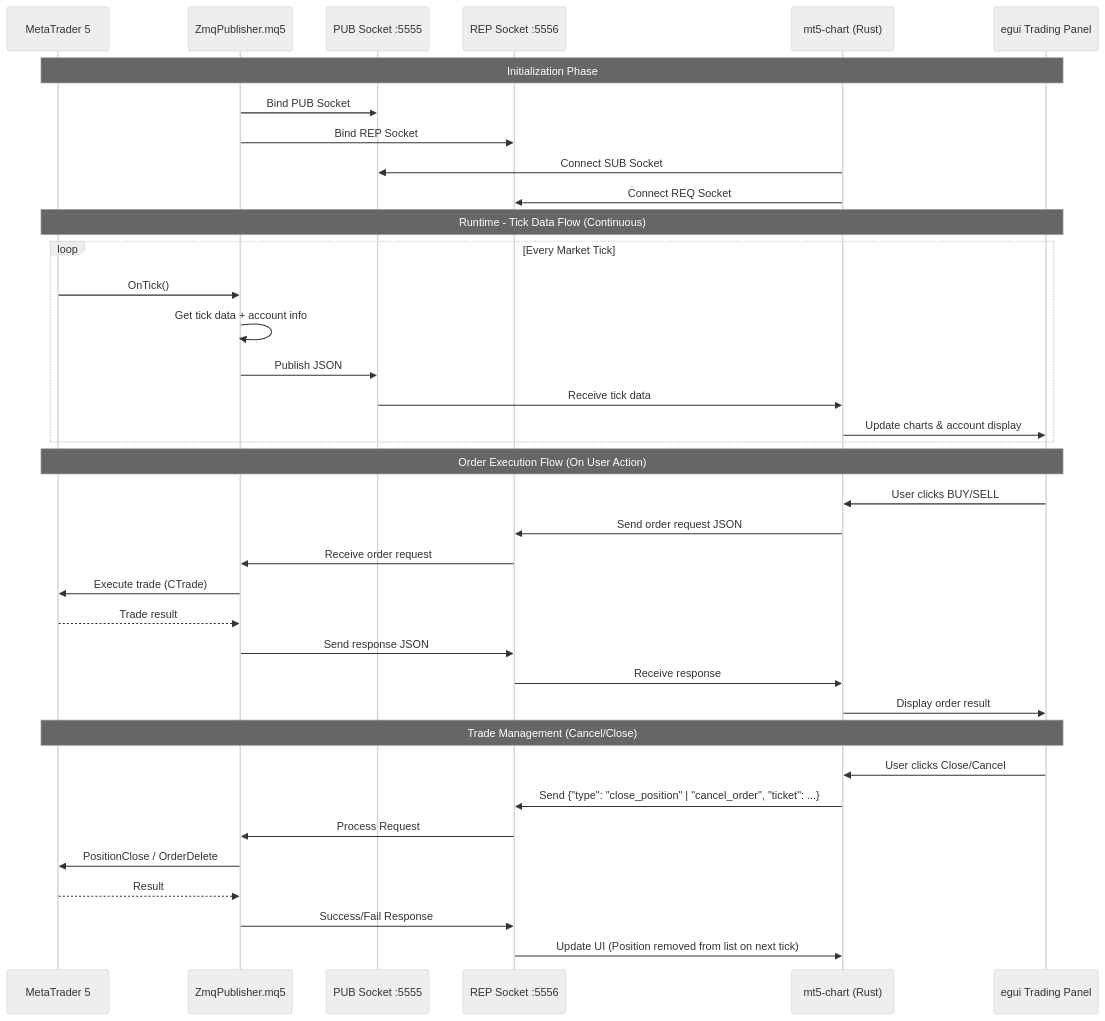
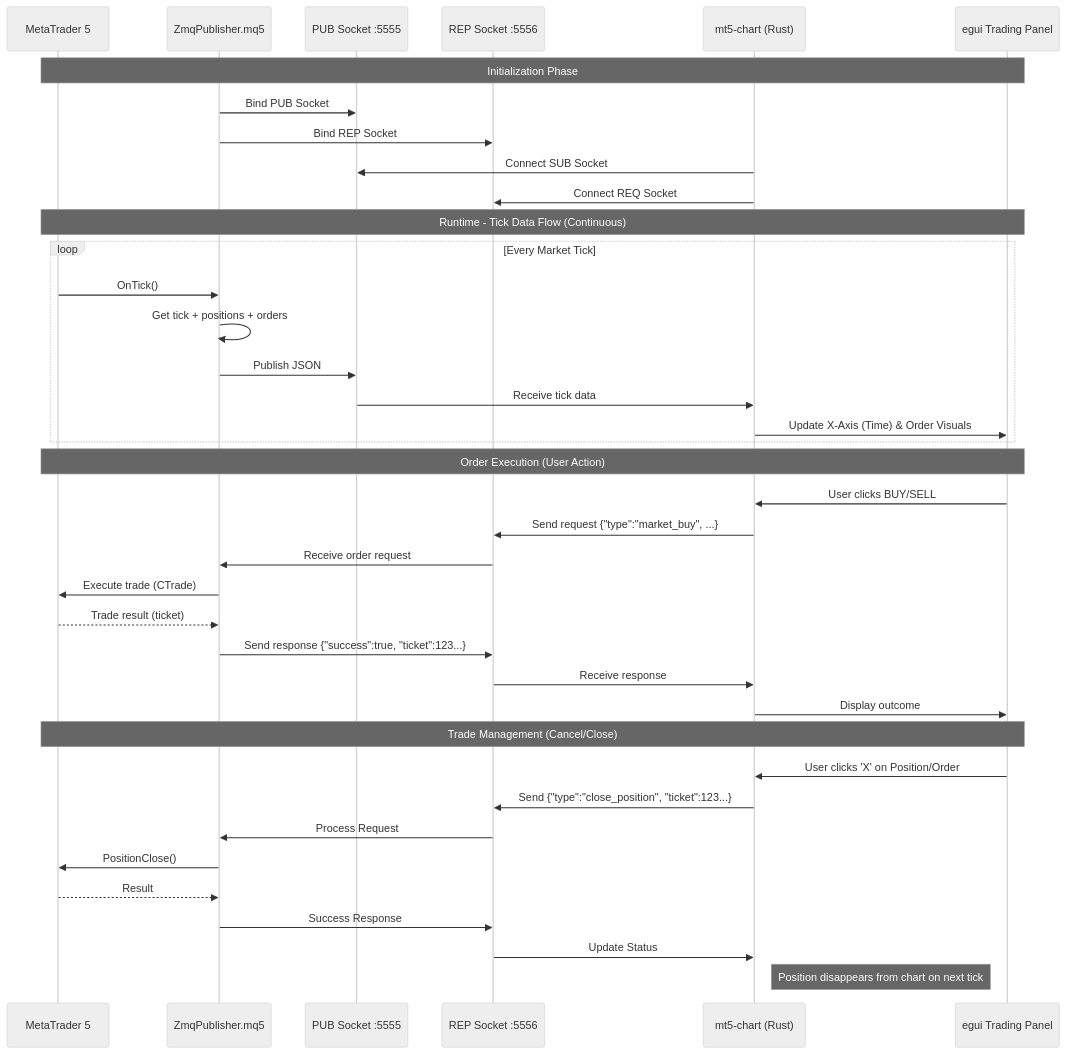
Before and after one commit to algorembrant/SUM3API: the second of 3 diagrams in updated-trading-architecture.md, drawn with Mermaid (neutral theme). The commit also changed other lines of this file and 5 other files, not shown here.

````diff
--- a/updated-trading-architecture.md
+++ b/updated-trading-architecture.md
@@ -65,43 +65,44 @@
 ```mermaid
 sequenceDiagram
     participant MT5 as MetaTrader 5
     participant EA as ZmqPublisher.mq5
     participant PUB as PUB Socket :5555
     participant REP as REP Socket :5556
     participant Rust as mt5-chart (Rust)
     participant GUI as egui Trading Panel
 
     Note over MT5,GUI: Initialization Phase
     EA->>PUB: Bind PUB Socket
     EA->>REP: Bind REP Socket
     Rust->>PUB: Connect SUB Socket
     Rust->>REP: Connect REQ Socket
 
     Note over MT5,GUI: Runtime - Tick Data Flow (Continuous)
     loop Every Market Tick
         MT5->>EA: OnTick()
-        EA->>EA: Get tick data + account info
+        EA->>EA: Get tick + positions + orders
         EA->>PUB: Publish JSON
         PUB->>Rust: Receive tick data
-        Rust->>GUI: Update charts & account display
+        Rust->>GUI: Update X-Axis (Time) & Order Visuals
     end
 
-    Note over MT5,GUI: Order Execution Flow (On User Action)
+    Note over MT5,GUI: Order Execution (User Action)
     GUI->>Rust: User clicks BUY/SELL
-    Rust->>REP: Send order request JSON
+    Rust->>REP: Send request {"type":"market_buy", ...}
     REP->>EA: Receive order request
     EA->>MT5: Execute trade (CTrade)
-    MT5-->>EA: Trade result
-    EA->>REP: Send response JSON
+    MT5-->>EA: Trade result (ticket)
+    EA->>REP: Send response {"success":true, "ticket":123...}
     REP->>Rust: Receive response
-    Rust->>GUI: Display order result
+    Rust->>GUI: Display outcome
 
     Note over MT5,GUI: Trade Management (Cancel/Close)
-    GUI->>Rust: User clicks Close/Cancel
-    Rust->>REP: Send {"type": "close_position" | "cancel_order", "ticket": ...}
+    GUI->>Rust: User clicks 'X' on Position/Order
+    Rust->>REP: Send {"type":"close_position", "ticket":123...}
     REP->>EA: Process Request
-    EA->>MT5: PositionClose / OrderDelete
+    EA->>MT5: PositionClose()
     MT5-->>EA: Result
-    EA->>REP: Success/Fail Response
-    REP->>Rust: Update UI (Position removed from list on next tick)
+    EA->>REP: Success Response
+    REP->>Rust: Update Status
+    Note right of Rust: Position disappears from chart on next tick
 ```
````
